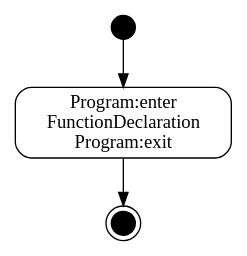
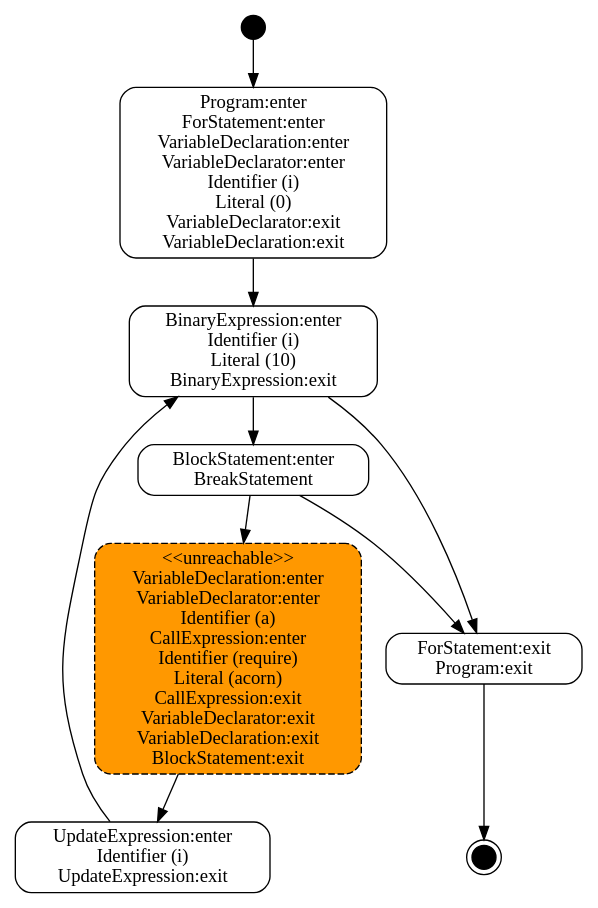
One commit to DiffYao/npm_check changed the diagram in output/dot/0.dot. Above: the diagram before and after it, drawn with Graphviz. The commit also changed 4 other files, not shown here.

```diff
--- a/output/dot/0.dot
+++ b/output/dot/0.dot
@@ -1,8 +1,14 @@
 
 digraph {
 node[shape=box,style="rounded,filled",fillcolor=white];
 initial[label="",shape=circle,style=filled,fillcolor=black,width=0.25,height=0.25];
 final[label="",shape=doublecircle,style=filled,fillcolor=black,width=0.25,height=0.25];
-s1_1[label="Program:enter\nFunctionDeclaration\nProgram:exit"];
-initial->s1_1->final;
+s1_1[label="Program:enter\nForStatement:enter\nVariableDeclaration:enter\nVariableDeclarator:enter\nIdentifier (i)\nLiteral (0)\nVariableDeclarator:exit\nVariableDeclaration:exit"];
+s1_2[label="BinaryExpression:enter\nIdentifier (i)\nLiteral (10)\nBinaryExpression:exit"];
+s1_3[label="BlockStatement:enter\nBreakStatement"];
+s1_5[style="rounded,dashed,filled",fillcolor="#FF9800",label="<<unreachable>>\nVariableDeclaration:enter\nVariableDeclarator:enter\nIdentifier (a)\nCallExpression:enter\nIdentifier (require)\nLiteral (acorn)\nCallExpression:exit\nVariableDeclarator:exit\nVariableDeclaration:exit\nBlockStatement:exit"];
+s1_4[label="UpdateExpression:enter\nIdentifier (i)\nUpdateExpression:exit"];
+s1_6[label="ForStatement:exit\nProgram:exit"];
+initial->s1_1->s1_2->s1_3->s1_5->s1_4->s1_2->s1_6;
+s1_3->s1_6->final;
 }
```
